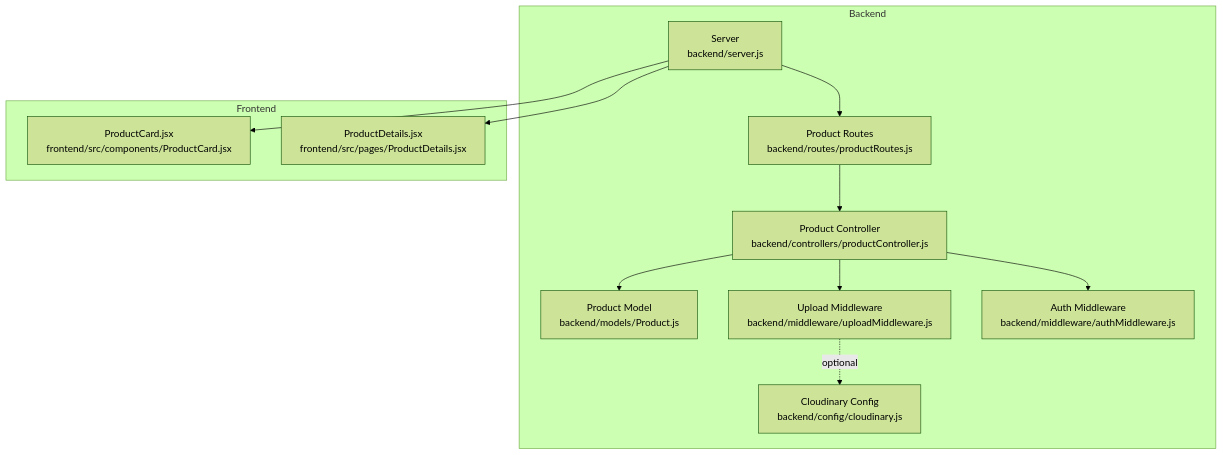
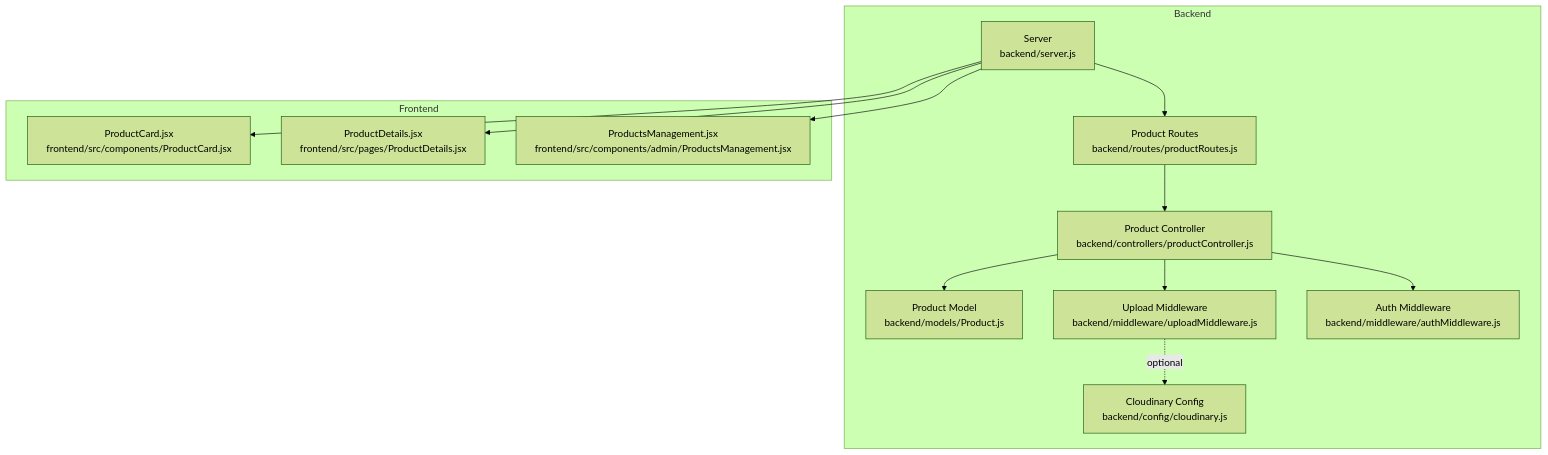
One commit to Pavan-PSPK9032/TrendsandToss changed the first of 9 diagrams in .qoder/repowiki/en/content/Database Schemas & Models/Product Model.md. Above: the diagram before and after it, drawn with Mermaid (forest theme). The commit also changed other lines of this file and 24 other files, not shown here.

````diff
--- a/.qoder/repowiki/en/content/Database Schemas & Models/Product Model.md
+++ b/.qoder/repowiki/en/content/Database Schemas & Models/Product Model.md
@@ -35,24 +43,26 @@
 ```mermaid
 graph TB
 subgraph "Backend"
 M["Product Model<br/>backend/models/Product.js"]
 C["Product Controller<br/>backend/controllers/productController.js"]
 R["Product Routes<br/>backend/routes/productRoutes.js"]
 U["Upload Middleware<br/>backend/middleware/uploadMiddleware.js"]
 S["Server<br/>backend/server.js"]
 A["Auth Middleware<br/>backend/middleware/authMiddleware.js"]
 CL["Cloudinary Config<br/>backend/config/cloudinary.js"]
 end
 subgraph "Frontend"
 PC["ProductCard.jsx<br/>frontend/src/components/ProductCard.jsx"]
 PD["ProductDetails.jsx<br/>frontend/src/pages/ProductDetails.jsx"]
+PM["ProductsManagement.jsx<br/>frontend/src/components/admin/ProductsManagement.jsx"]
 end
 S --> R
 R --> C
 C --> M
 C --> U
 C --> A
 S --> PC
 S --> PD
+S --> PM
 U -. optional .-> CL
 ```
````
